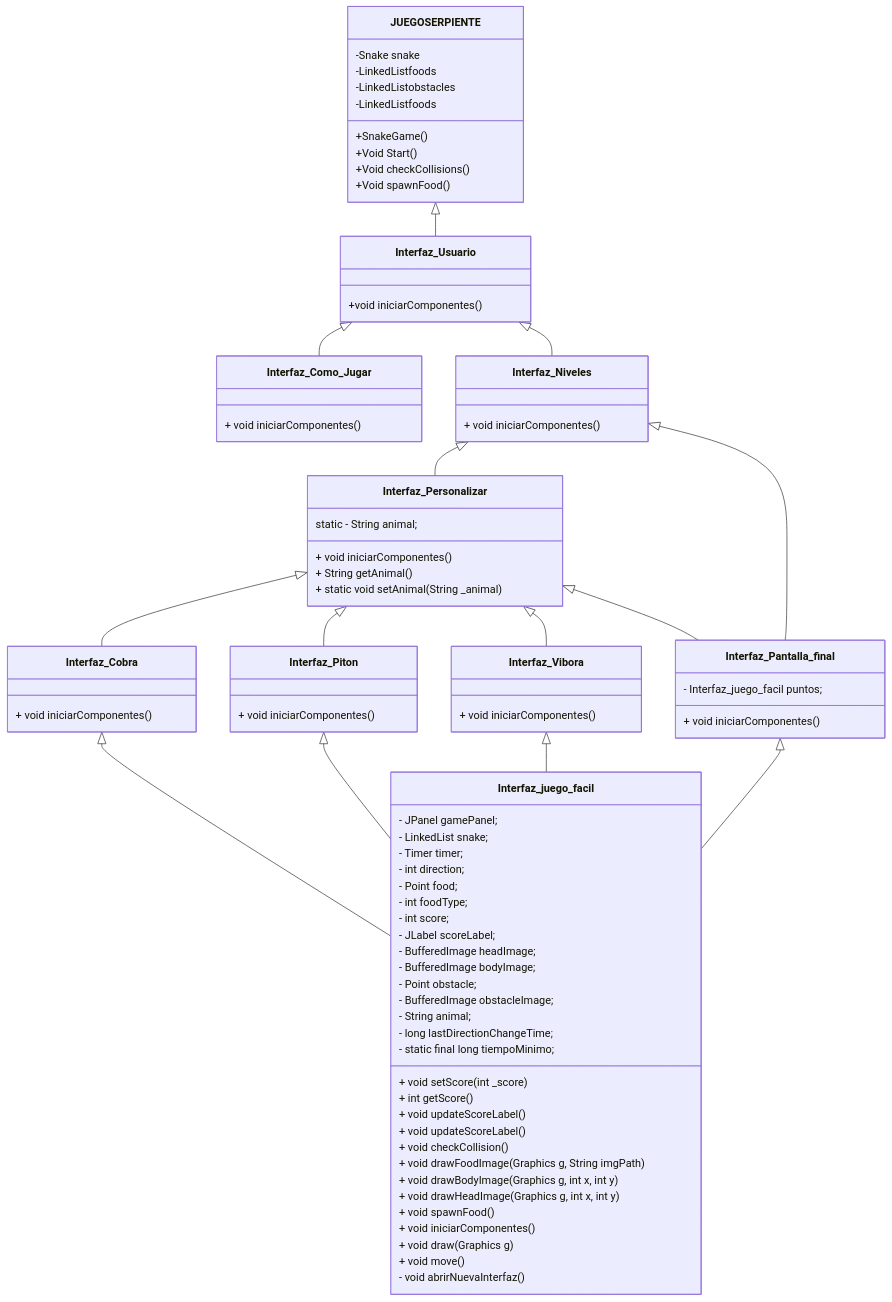
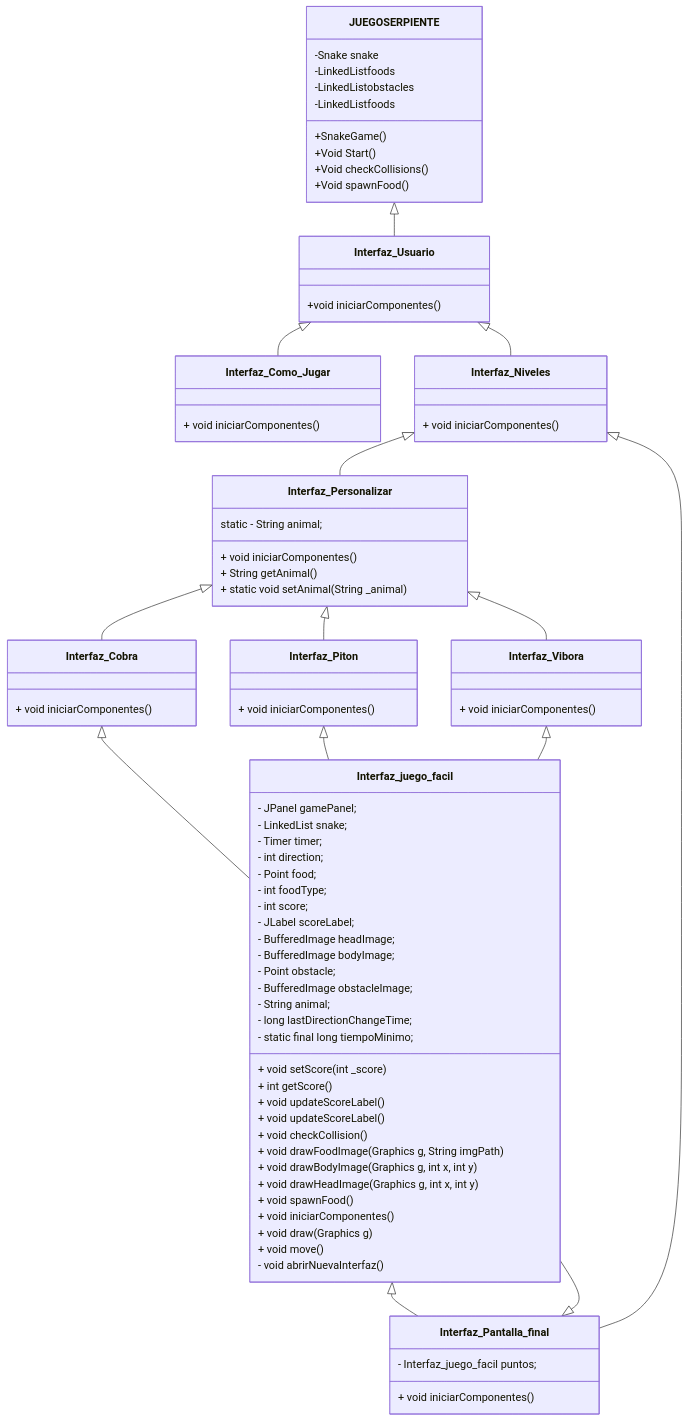
The diagram in README.md (amingom/Juego-SnakeChallenge), drawn with Mermaid before and after one commit.

````diff
--- a/README.md
+++ b/README.md
@@ -40,7 +40,7 @@
     Interfaz_Personalizar <|-- Interfaz_Piton
     Interfaz_Personalizar <|-- Interfaz_Vibora
     Interfaz_Pantalla_final <|-- Interfaz_juego_facil
-    Interfaz_Personalizar <|-- Interfaz_Pantalla_final
+    Interfaz_juego_facil <|-- Interfaz_Pantalla_final
     Interfaz_Niveles <|-- Interfaz_Pantalla_final
 
     JUEGOSERPIENTE : -Snake snake
@@ -132,4 +132,7 @@
      }
 
 
+    
+
+
 ```
````
